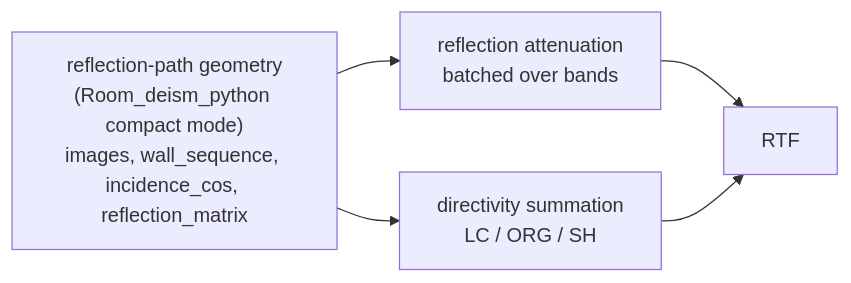
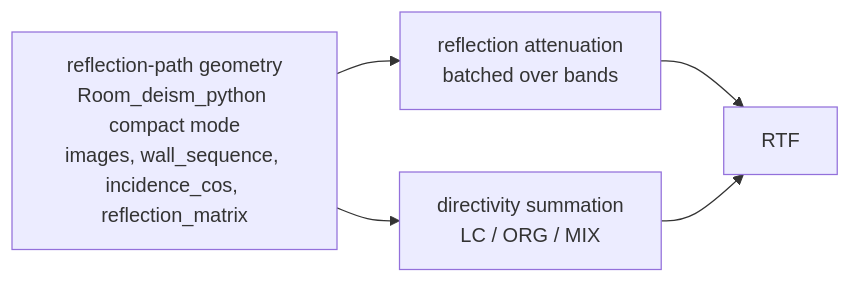
Before and after one commit to audiolabs/DEISM: the diagram in DEISM_arg_decouple.md, drawn with Mermaid. The commit also changed other lines of this file and 7 other files, not shown here.

````diff
--- a/DEISM_arg_decouple.md
+++ b/DEISM_arg_decouple.md
@@ -23,7 +43,7 @@
 ```mermaid
 graph LR
-  G["reflection-path geometry<br/>(Room_deism_python compact mode)<br/>images, wall_sequence, incidence_cos, reflection_matrix"] --> A["reflection attenuation<br/>batched over bands"]
-  G --> D["directivity summation<br/>LC / ORG / SH"]
+  G["reflection-path geometry<br/>Room_deism_python compact mode<br/>images, wall_sequence, incidence_cos, reflection_matrix"] --> A["reflection attenuation<br/>batched over bands"]
+  G --> D["directivity summation<br/>LC / ORG / MIX"]
   A --> RTF["RTF"]
   D --> RTF
 ```
````
